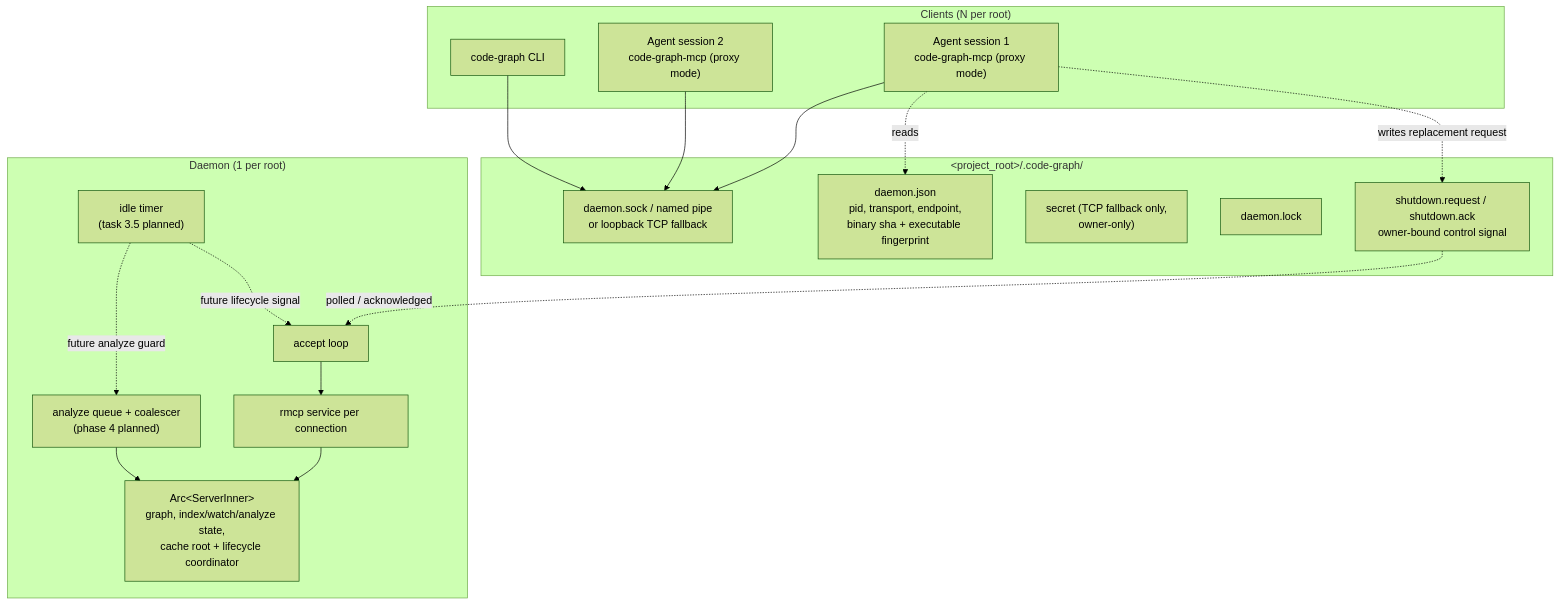
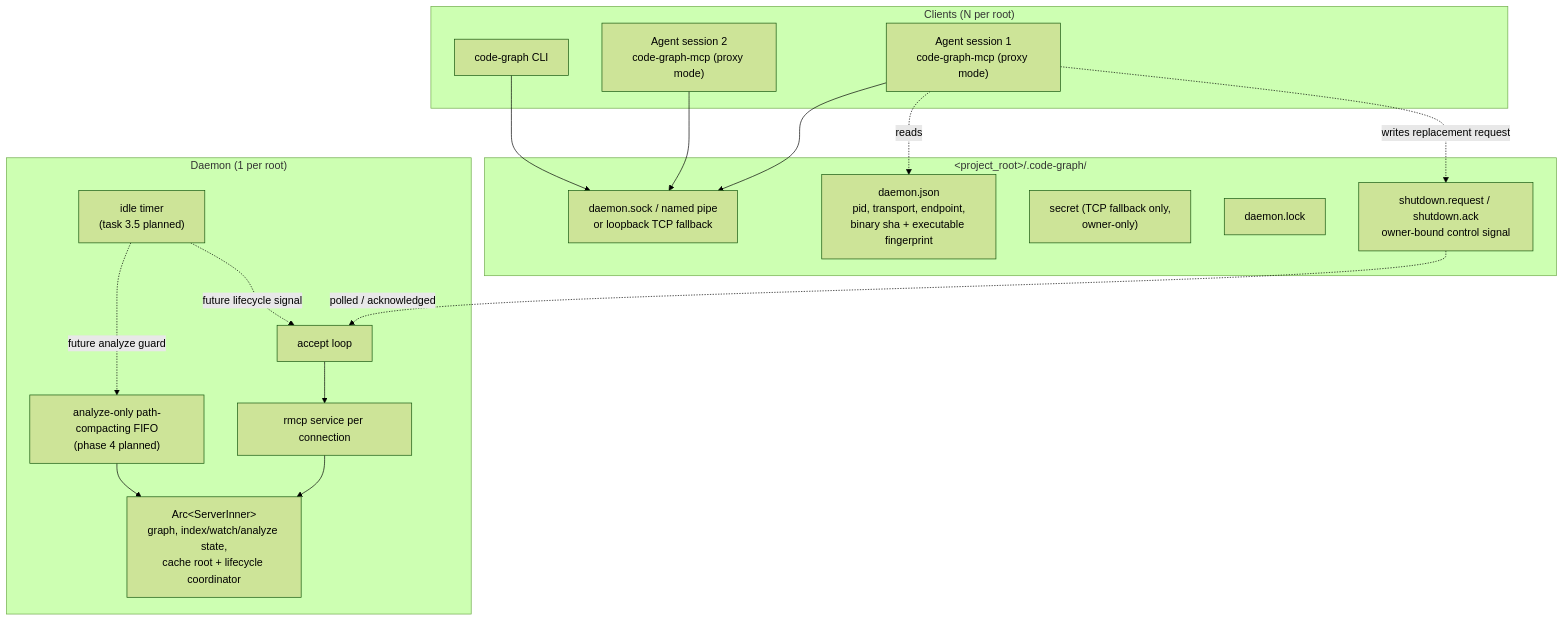
One commit to danweinerdev/code-graph-mcp changed the first of 2 diagrams in .plans/Designs/RepoLocalDaemon/README.md. Above: the diagram before and after it, drawn with Mermaid (forest theme). The commit also changed other lines of this file and 54 other files, not shown here.

````diff
--- a/.plans/Designs/RepoLocalDaemon/README.md
+++ b/.plans/Designs/RepoLocalDaemon/README.md
@@ -40,35 +40,35 @@
 ```mermaid
 graph TD
     subgraph clients["Clients (N per root)"]
       C1["Agent session 1<br/>code-graph-mcp (proxy mode)"]
       C2["Agent session 2<br/>code-graph-mcp (proxy mode)"]
       C3["code-graph CLI"]
     end
 
     subgraph repo["&lt;project_root&gt;/.code-graph/"]
       SOCK["daemon.sock / named pipe<br/>or loopback TCP fallback"]
       META["daemon.json<br/>pid, transport, endpoint,<br/>binary sha + executable fingerprint"]
       SECRET["secret (TCP fallback only,<br/>owner-only)"]
       LOCK["daemon.lock"]
       SIGNAL["shutdown.request / shutdown.ack<br/>owner-bound control signal"]
     end
 
     subgraph daemon["Daemon (1 per root)"]
       ACC["accept loop"]
       RMCP["rmcp service per connection"]
       INNER["Arc&lt;ServerInner&gt;<br/>graph, index/watch/analyze state,<br/>cache root + lifecycle coordinator"]
       IDLE["idle timer<br/>(task 3.5 planned)"]
-      QUEUE["analyze queue + coalescer<br/>(phase 4 planned)"]
+       QUEUE["analyze-only path-compacting FIFO<br/>(phase 4 planned)"]
     end
 
     C1 --> SOCK
     C2 --> SOCK
     C3 --> SOCK
     C1 -.reads.-> META
     C1 -.writes replacement request.-> SIGNAL
     SIGNAL -.polled / acknowledged.-> ACC
     ACC --> RMCP --> INNER
     QUEUE --> INNER
     IDLE -.future lifecycle signal.-> ACC
     IDLE -.future analyze guard.-> QUEUE
 ```
````
